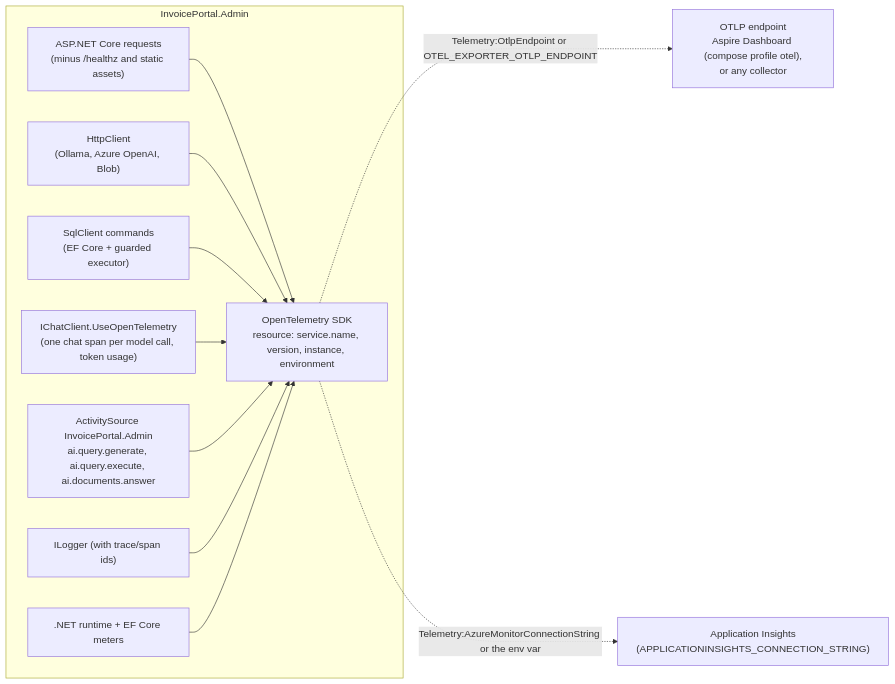
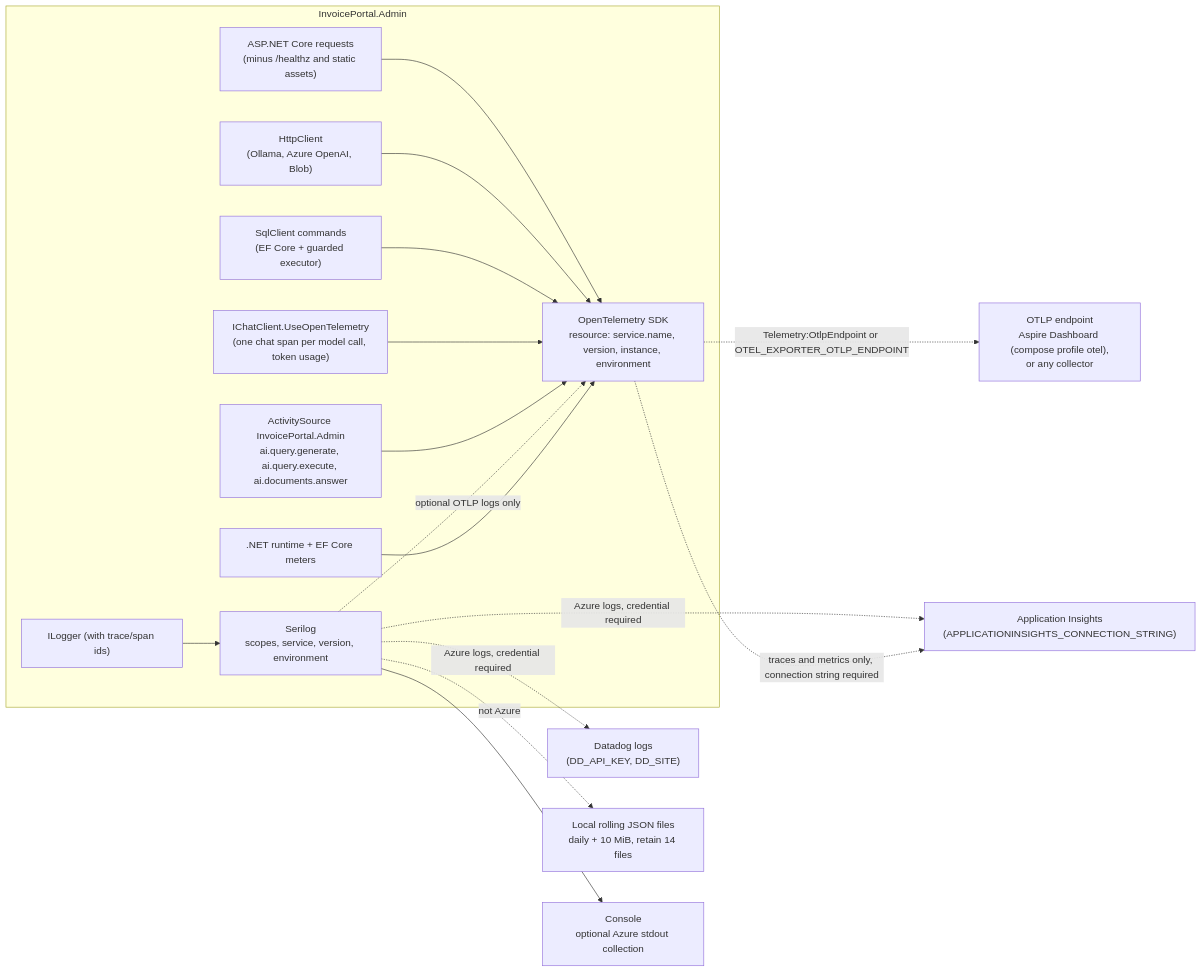
The third of 8 diagrams in ARCHITECTURE.md (KevinRaffay/InvoicePortal), drawn with Mermaid before and after one commit. The commit also changed other lines of this file and 19 other files, not shown here.

````diff
--- a/ARCHITECTURE.md
+++ b/ARCHITECTURE.md
@@ -174,25 +183,34 @@
 ```mermaid
 flowchart LR
     subgraph app["InvoicePortal.Admin"]
         Req["ASP.NET Core requests<br/>(minus /healthz and static assets)"]
         Http["HttpClient<br/>(Ollama, Azure OpenAI, Blob)"]
         Sql["SqlClient commands<br/>(EF Core + guarded executor)"]
         Chat["IChatClient.UseOpenTelemetry<br/>(one chat span per model call, token usage)"]
         Own["ActivitySource InvoicePortal.Admin<br/>ai.query.generate, ai.query.execute, ai.documents.answer"]
         Logs["ILogger (with trace/span ids)"]
+        Serilog["Serilog<br/>scopes, service, version, environment"]
         Runtime[".NET runtime + EF Core meters"]
         SDK["OpenTelemetry SDK<br/>resource: service.name, version, instance, environment"]
     end
     Otlp["OTLP endpoint<br/>Aspire Dashboard (compose profile otel),<br/>or any collector"]
     AppInsights["Application Insights<br/>(APPLICATIONINSIGHTS_CONNECTION_STRING)"]
+    Datadog["Datadog logs<br/>(DD_API_KEY, DD_SITE)"]
+    Files["Local rolling JSON files<br/>daily + 10 MiB, retain 14 files"]
+    Console["Console<br/>optional Azure stdout collection"]
 
     Req --> SDK
     Http --> SDK
     Sql --> SDK
     Chat --> SDK
     Own --> SDK
-    Logs --> SDK
+    Logs --> Serilog
+    Serilog -.->|"optional OTLP logs only"| SDK
+    Serilog --> Console
+    Serilog -.->|"not Azure"| Files
+    Serilog -.->|"Azure logs, credential required"| AppInsights
+    Serilog -.->|"Azure logs, credential required"| Datadog
     Runtime --> SDK
     SDK -.->|"Telemetry:OtlpEndpoint or OTEL_EXPORTER_OTLP_ENDPOINT"| Otlp
-    SDK -.->|"Telemetry:AzureMonitorConnectionString or the env var"| AppInsights
+    SDK -.->|"traces and metrics only, connection string required"| AppInsights
 ```
````
